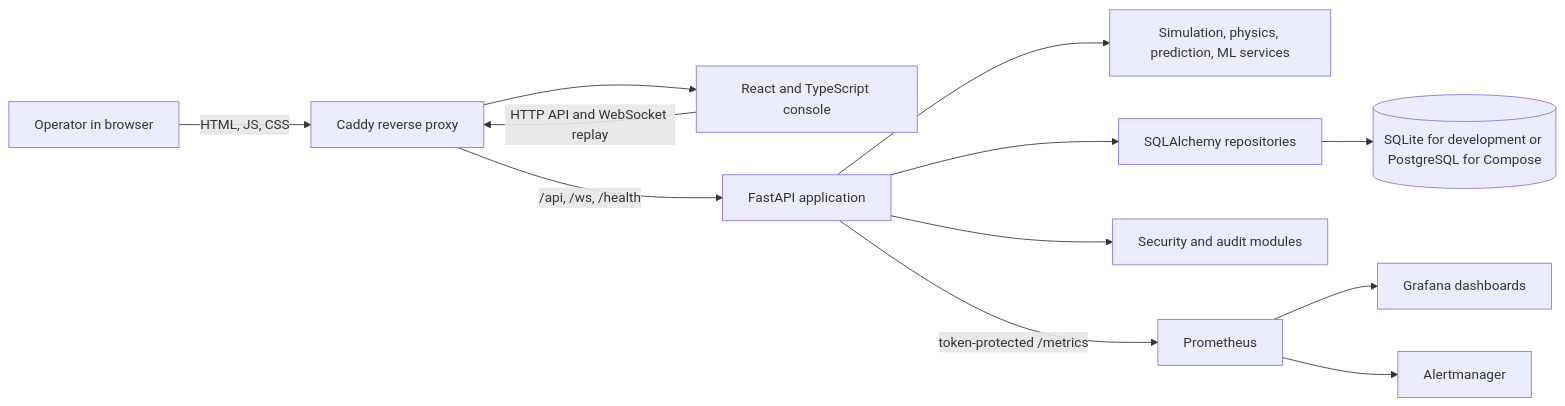
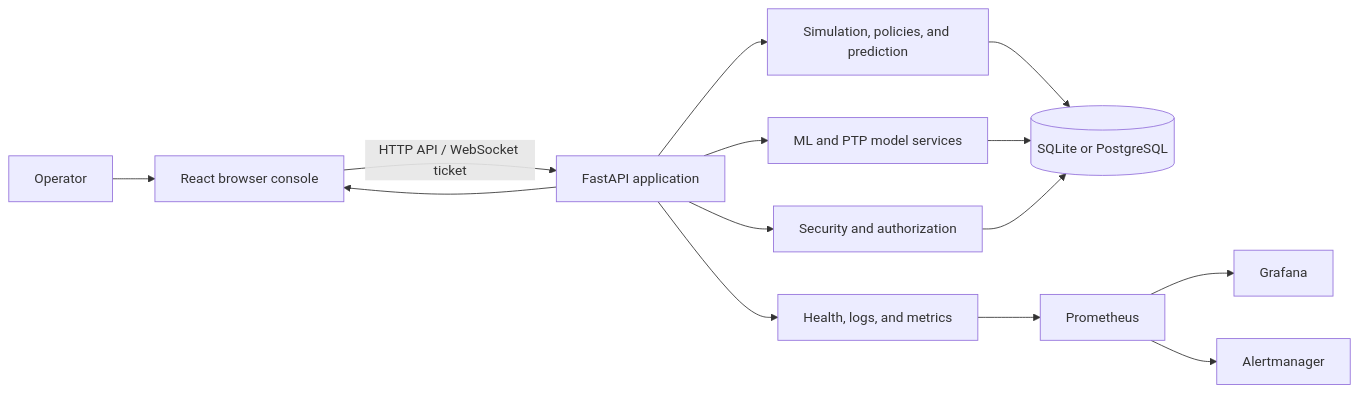
Before and after one commit to axorarbxy/EntangleOps: the diagram in README.md, drawn with Mermaid. The commit also changed other lines of this file, not shown here.

````diff
--- a/README.md
+++ b/README.md
@@ -79,14 +77,16 @@
 ```mermaid
 flowchart LR
-    U[Operator in browser] -->|HTML, JS, CSS| C[Caddy reverse proxy]
-    C --> F[React and TypeScript console]
-    F -->|HTTP API and WebSocket replay| C
-    C -->|/api, /ws, /health| A[FastAPI application]
-    A --> S[Simulation, physics, prediction, ML services]
-    A --> R[SQLAlchemy repositories]
-    R --> D[(SQLite for development or PostgreSQL for Compose)]
-    A --> M[Security and audit modules]
-    A -->|token-protected /metrics| P[Prometheus]
-    P --> G[Grafana dashboards]
-    P --> AM[Alertmanager]
+    U[Operator] --> UI[React browser console]
+    UI -->|HTTP API / WebSocket ticket| API[FastAPI application]
+    API --> SEC[Security and authorization]
+    API --> SIM[Simulation, policies, and prediction]
+    API --> ML[ML and PTP model services]
+    SIM --> DB[(SQLite or PostgreSQL)]
+    ML --> DB
+    SEC --> DB
+    API --> MON[Health, logs, and metrics]
+    MON --> PROM[Prometheus]
+    PROM --> GRAF[Grafana]
+    PROM --> ALERT[Alertmanager]
+    API --> UI
 ```
````
